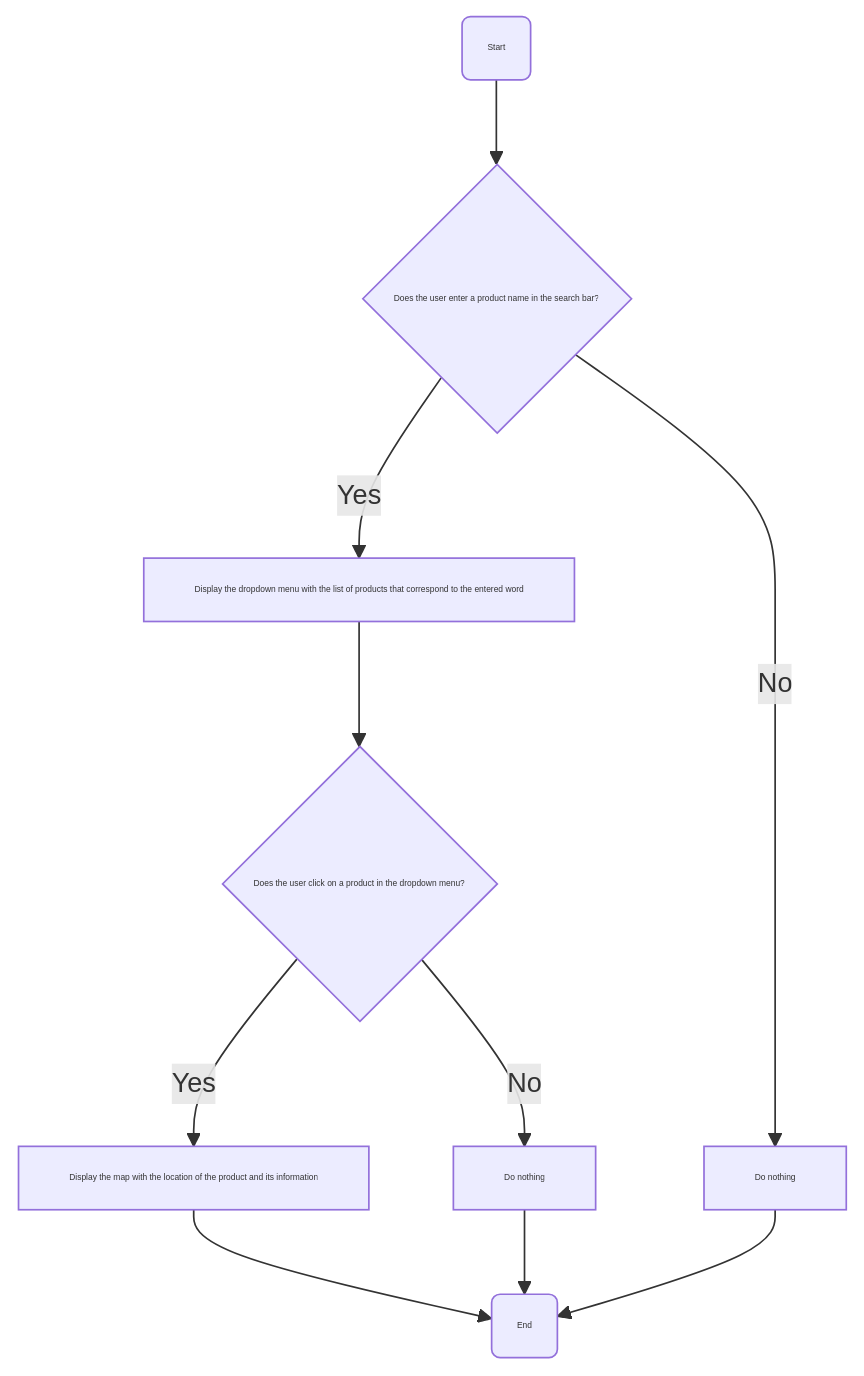
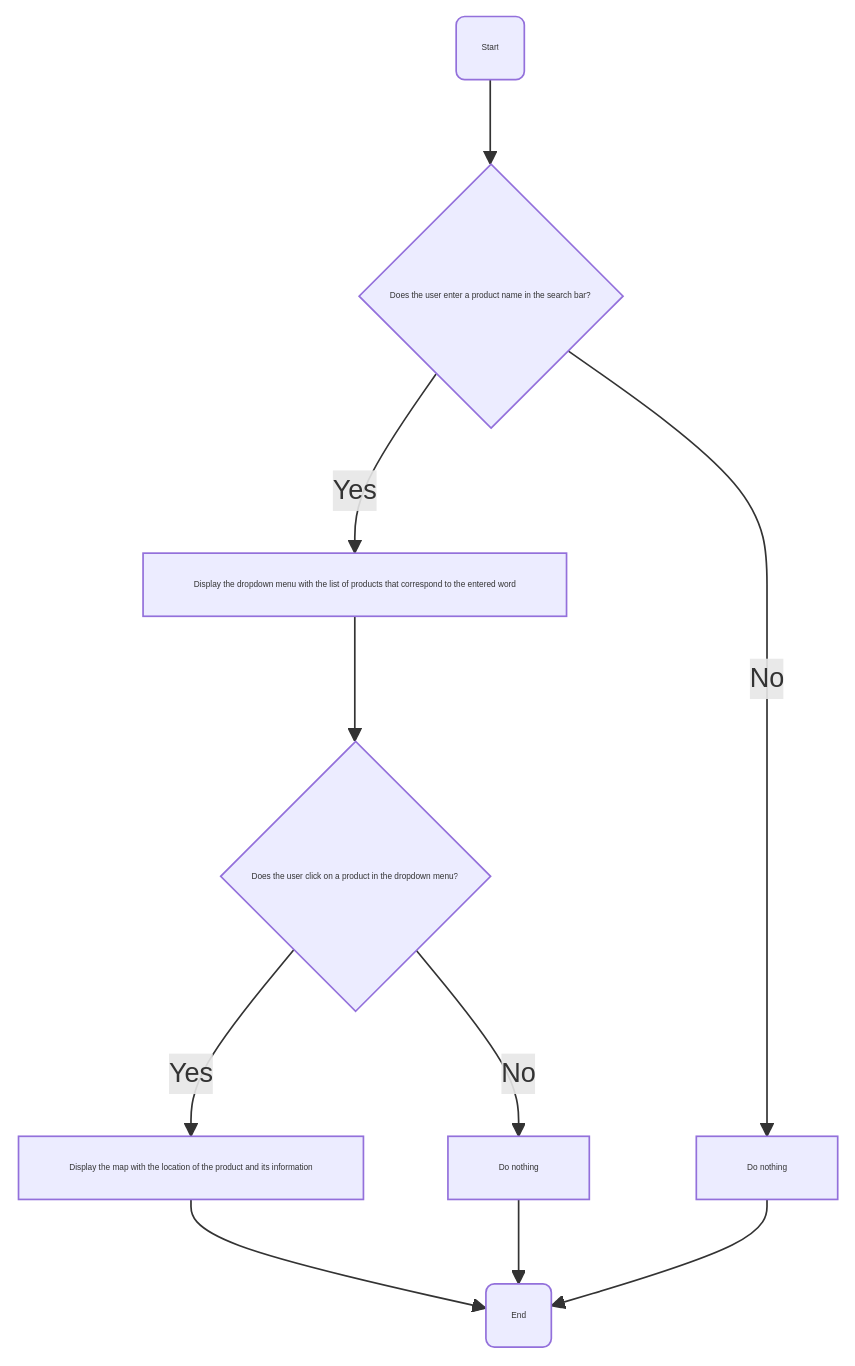
Before and after one commit to algosup/2024-2025-project-5-bubble-intermarche-team-2: the tenth of 11 diagrams in Documents/Technical/technical_specifications.md, drawn with Mermaid.

Commit message:
Update technical_specifications.md
- Changed the font-size of the 8.2.5.C Section

````diff
--- a/Documents/Technical/technical_specifications.md
+++ b/Documents/Technical/technical_specifications.md
@@ -473,13 +473,13 @@
 ```mermaid
 graph TD
     A(Start) --> B{Does the user enter a product name in the search bar?}
     B -->|Yes| C[Display the dropdown menu with the list of products that correspond to the entered word]
     B -->|No| D[Do nothing]
     C --> E{Does the user click on a product in the dropdown menu?}
     E -->|Yes| F[Display the map with the location of the product and its information]
     E -->|No| G[Do nothing]
     F --> H(End)
     D --> H
     G --> H
-    classDef default font-size:5px;
+    classDef default font-size:4.9px;
 ```
````
